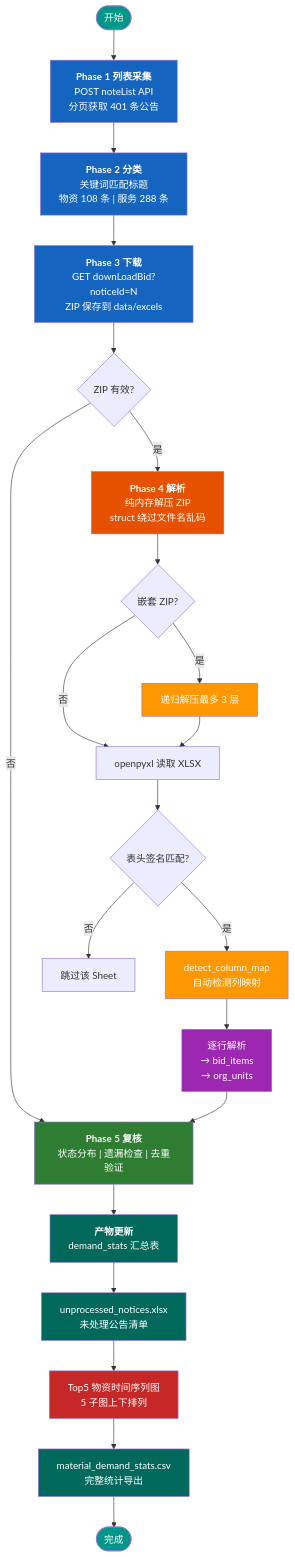
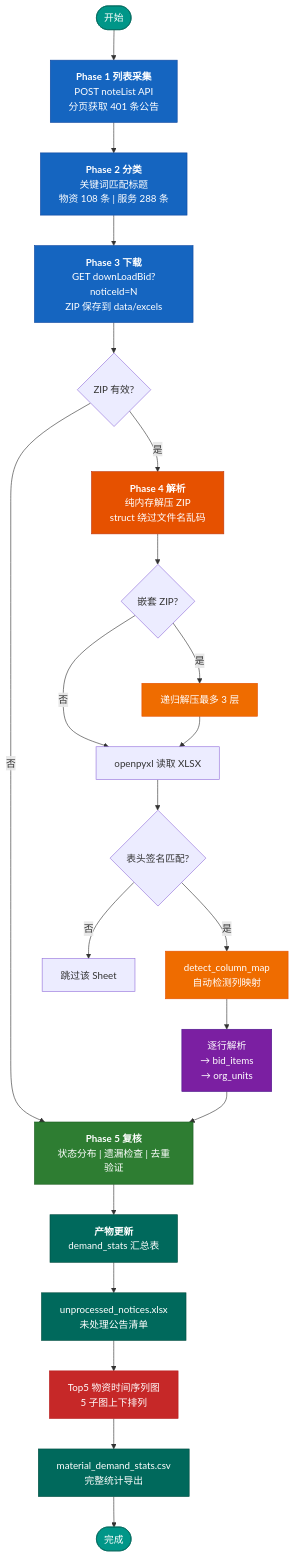
The second of 6 diagrams in README.md (lilacseeking/bidding-ecp-data), drawn with Mermaid before and after one commit. The commit also changed other lines of this file, not shown here.

Commit message:
style: mermaid配色加深+添加stroke描边, 提升白色文字可读性
所有fill使用Material Design 700-900色阶, 确保白字对比度≥4.5:1

````diff
--- a/README.md
+++ b/README.md
@@ -109,42 +109,42 @@
 ```mermaid
 graph TB
     START([开始]) --> P1
 
     P1["<b>Phase 1 列表采集</b><br/>POST noteList API<br/>分页获取 401 条公告"] --> P2
     P2["<b>Phase 2 分类</b><br/>关键词匹配标题<br/>物资 108 条 | 服务 288 条"] --> P3
     P3["<b>Phase 3 下载</b><br/>GET downLoadBid?noticeId=N<br/>ZIP 保存到 data/excels"] --> P3X{ZIP 有效?}
     P3X -->|是| P4
     P3X -->|否| P5
 
     P4["<b>Phase 4 解析</b><br/>纯内存解压 ZIP<br/>struct 绕过文件名乱码"] --> P4A{嵌套 ZIP?}
     P4A -->|是| P4B[递归解压最多 3 层]
     P4A -->|否| P4C[openpyxl 读取 XLSX]
     P4B --> P4C
     P4C --> P4D{表头签名匹配?}
     P4D -->|是| P4E[detect_column_map<br/>自动检测列映射]
     P4D -->|否| P4F[跳过该 Sheet]
     P4E --> P4G["逐行解析<br/>→ bid_items<br/>→ org_units"]
     P4G --> P5
 
     P5["<b>Phase 5 复核</b><br/>状态分布 | 遗漏检查 | 去重验证"] --> O1
 
     O1["<b>产物更新</b><br/>demand_stats 汇总表"] --> O2
     O2["unprocessed_notices.xlsx<br/>未处理公告清单"] --> O3
     O3["Top5 物资时间序列图<br/>5 子图上下排列"] --> O4
     O4["material_demand_stats.csv<br/>完整统计导出"] --> END([完成])
 
-    style START fill:#009688,color:#fff
-    style P1 fill:#1565C0,color:#fff
-    style P2 fill:#1565C0,color:#fff
-    style P3 fill:#1565C0,color:#fff
-    style P4 fill:#E65100,color:#fff
-    style P4B fill:#FF9800,color:#fff
-    style P4E fill:#FF9800,color:#fff
-    style P4G fill:#9C27B0,color:#fff
-    style P5 fill:#2E7D32,color:#fff
-    style O1 fill:#00695C,color:#fff
-    style O2 fill:#00695C,color:#fff
-    style O3 fill:#C62828,color:#fff
-    style O4 fill:#00695C,color:#fff
-    style END fill:#009688,color:#fff
+    style START fill:#009688,color:#fff,stroke:#00695C
+    style P1 fill:#1565C0,color:#fff,stroke:#0D47A1
+    style P2 fill:#1565C0,color:#fff,stroke:#0D47A1
+    style P3 fill:#1565C0,color:#fff,stroke:#0D47A1
+    style P4 fill:#E65100,color:#fff,stroke:#BF360C
+    style P4B fill:#EF6C00,color:#fff,stroke:#E65100
+    style P4E fill:#EF6C00,color:#fff,stroke:#E65100
+    style P4G fill:#7B1FA2,color:#fff,stroke:#4A148C
+    style P5 fill:#2E7D32,color:#fff,stroke:#1B5E20
+    style O1 fill:#00695C,color:#fff,stroke:#004D40
+    style O2 fill:#00695C,color:#fff,stroke:#004D40
+    style O3 fill:#C62828,color:#fff,stroke:#B71C1C
+    style O4 fill:#00695C,color:#fff,stroke:#004D40
+    style END fill:#009688,color:#fff,stroke:#00695C
 ```
````
